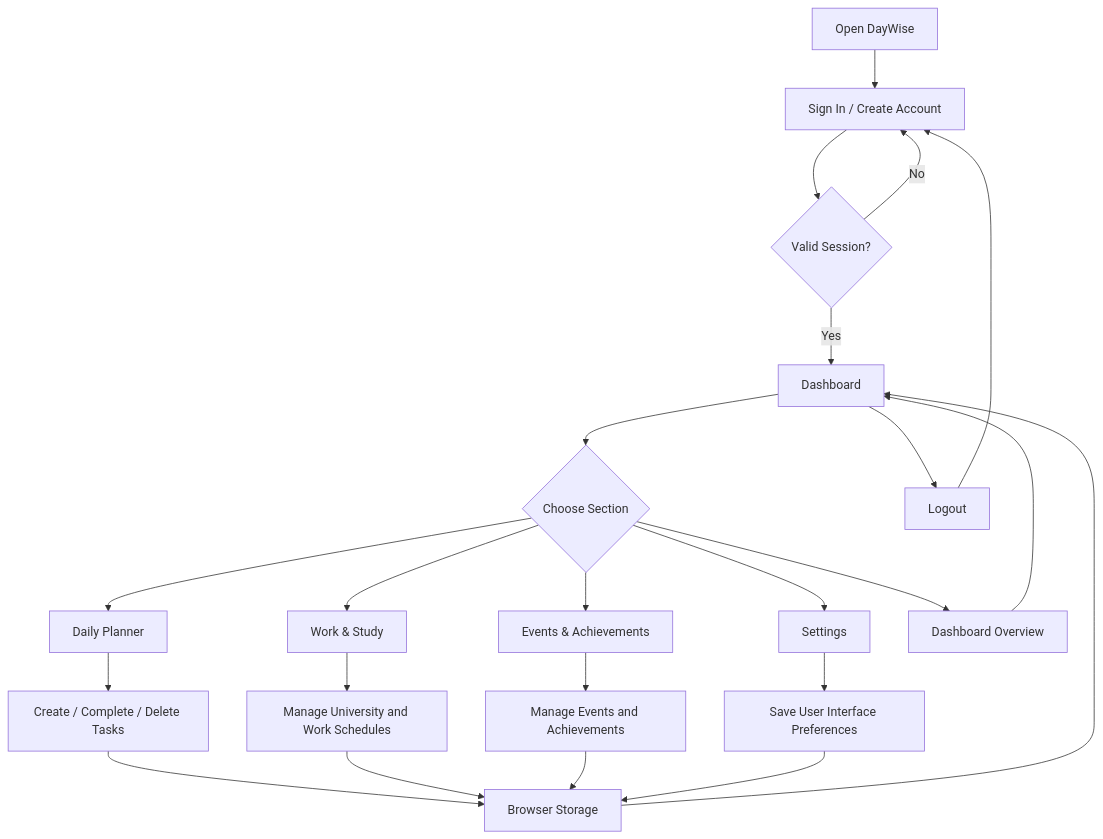
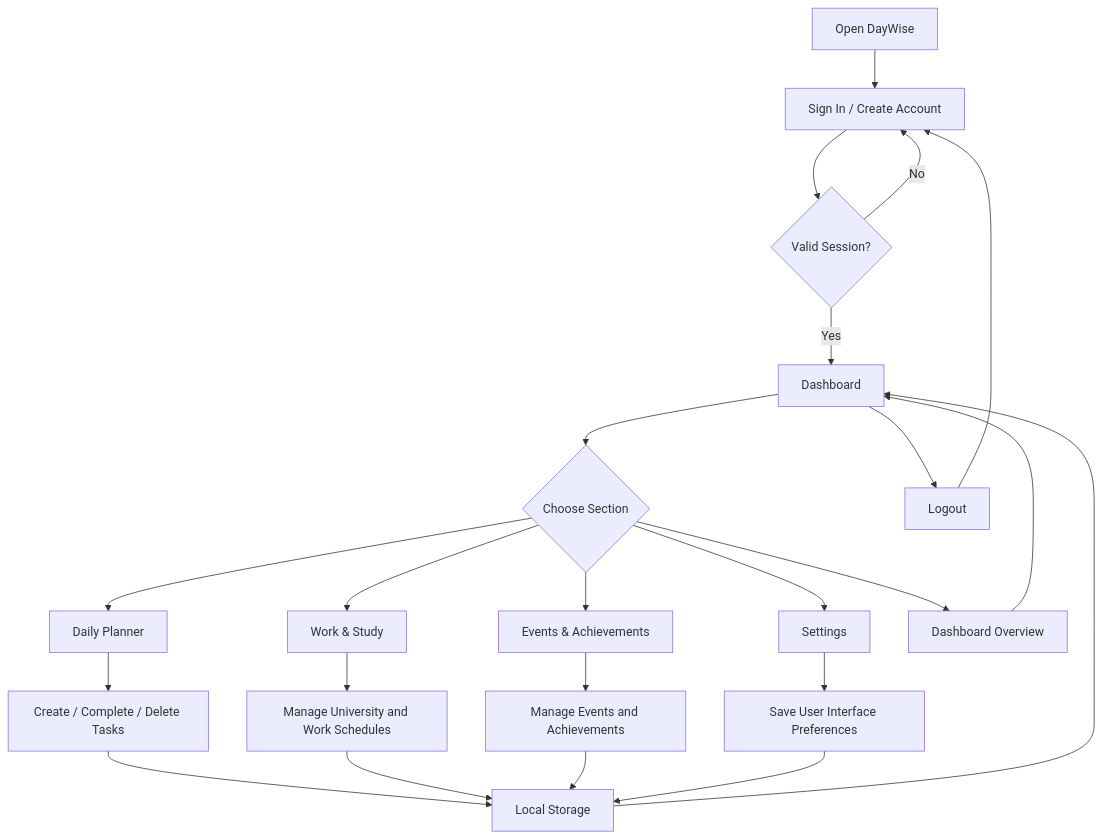
Before and after one commit to prabash0810/Group-A-C.S.D: the second of 4 diagrams in README.md, drawn with Mermaid. The commit also changed other lines of this file, not shown here.

````diff
--- a/README.md
+++ b/README.md
@@ -502,37 +503,37 @@
 ```mermaid
 flowchart TD
 
     START[Open DayWise] --> LOGIN[Sign In / Create Account]
 
     LOGIN --> SESSION{Valid Session?}
 
     SESSION -->|No| LOGIN
     SESSION -->|Yes| DASHBOARD[Dashboard]
 
     DASHBOARD --> CHOICE{Choose Section}
 
     CHOICE --> PLANNER[Daily Planner]
     CHOICE --> WORK[Work & Study]
     CHOICE --> EVENTS[Events & Achievements]
     CHOICE --> SETTINGS[Settings]
     CHOICE --> OVERVIEW[Dashboard Overview]
 
     PLANNER --> TASK[Create / Complete / Delete Tasks]
-    TASK --> STORAGE[Browser Storage]
+    TASK --> STORAGE[Local Storage]
 
     WORK --> SCHEDULE[Manage University and Work Schedules]
     SCHEDULE --> STORAGE
 
     EVENTS --> EVENTACH[Manage Events and Achievements]
     EVENTACH --> STORAGE
 
     SETTINGS --> PREFERENCES[Save User Interface Preferences]
     PREFERENCES --> STORAGE
 
     OVERVIEW --> DASHBOARD
 
     STORAGE --> DASHBOARD
 
     DASHBOARD --> LOGOUT[Logout]
     LOGOUT --> LOGIN
 ```
````
